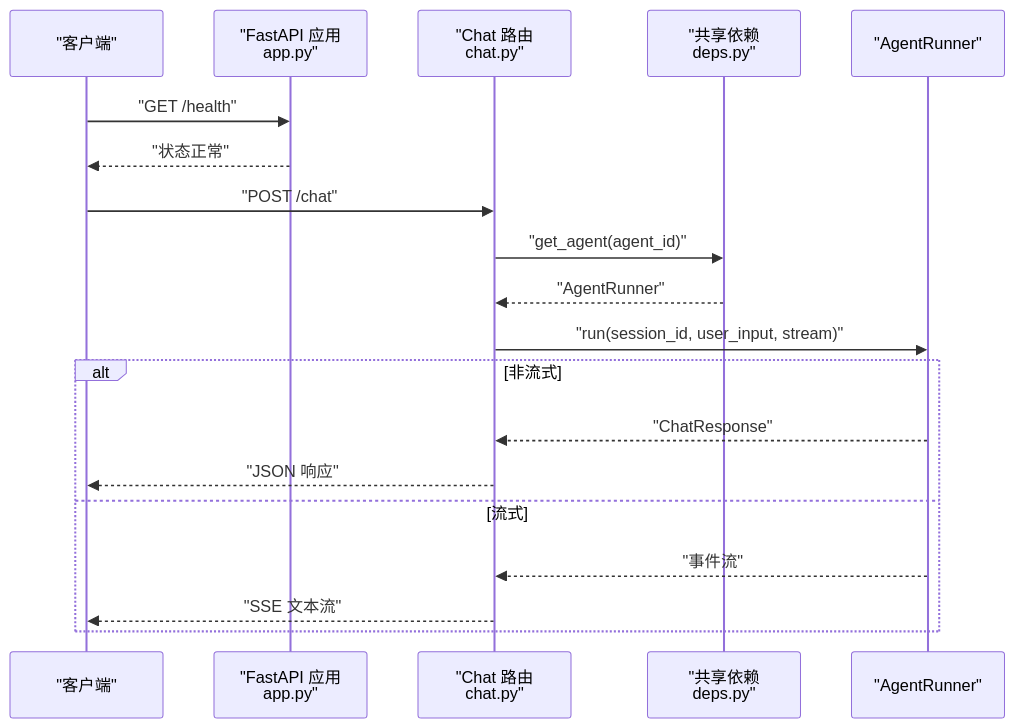
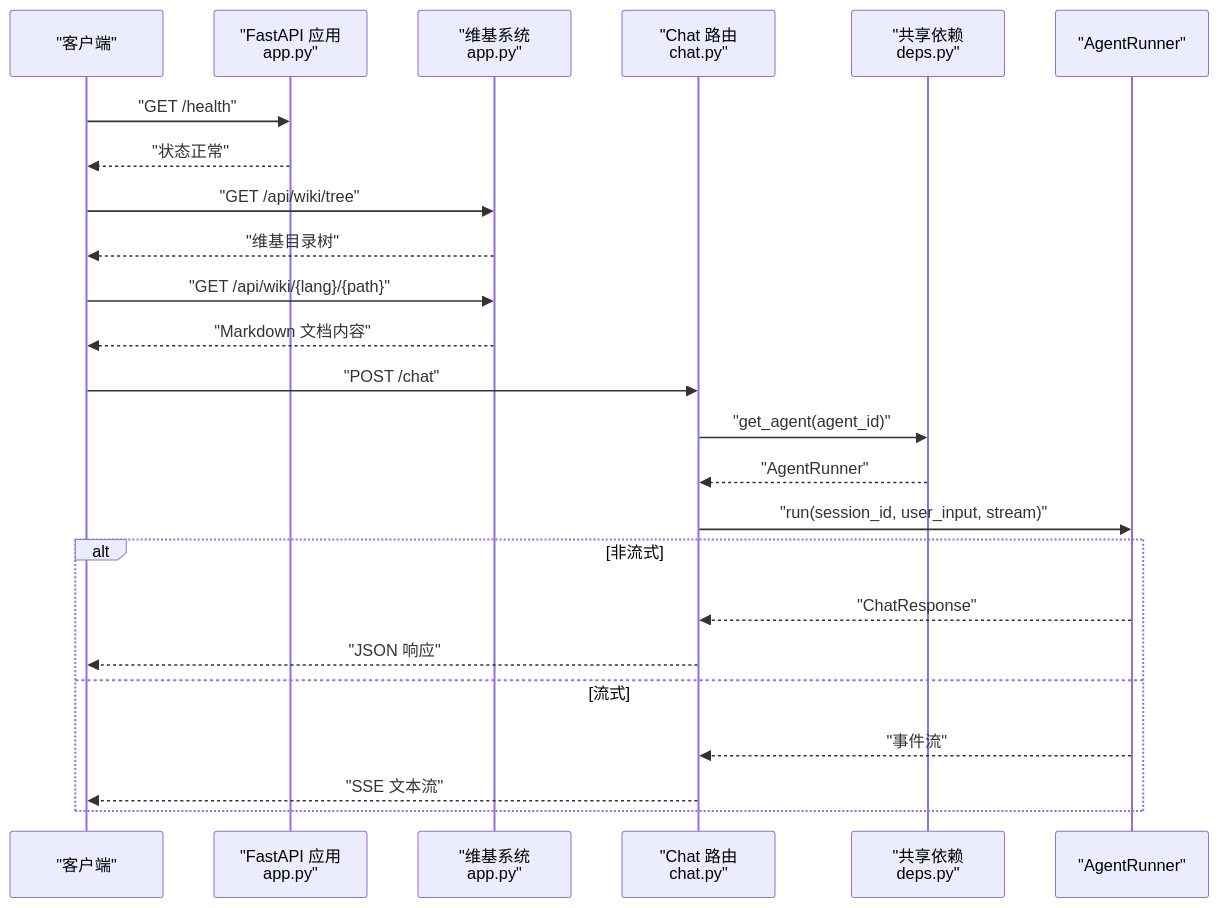
Before and after one commit to YU-JI-KUI/ark-agentic: the second of 13 diagrams in repowiki/zh/content/API 接口文档/API 接口文档.md, drawn with Mermaid. The commit also changed other lines of this file and 10 other files, not shown here.

````diff
--- a/repowiki/zh/content/API 接口文档/API 接口文档.md
+++ b/repowiki/zh/content/API 接口文档/API 接口文档.md
@@ -105,21 +125,26 @@
 ```mermaid
 sequenceDiagram
 participant Client as "客户端"
 participant App as "FastAPI 应用<br/>app.py"
+participant Wiki as "维基系统<br/>app.py"
 participant Chat as "Chat 路由<br/>chat.py"
 participant Deps as "共享依赖<br/>deps.py"
 participant Agent as "AgentRunner"
 Client->>App : "GET /health"
 App-->>Client : "状态正常"
+Client->>Wiki : "GET /api/wiki/tree"
+Wiki-->>Client : "维基目录树"
+Client->>Wiki : "GET /api/wiki/{lang}/{path}"
+Wiki-->>Client : "Markdown 文档内容"
 Client->>Chat : "POST /chat"
 Chat->>Deps : "get_agent(agent_id)"
 Deps-->>Chat : "AgentRunner"
 Chat->>Agent : "run(session_id, user_input, stream)"
 alt 非流式
 Agent-->>Chat : "ChatResponse"
 Chat-->>Client : "JSON 响应"
 else 流式
 Agent-->>Chat : "事件流"
 Chat-->>Client : "SSE 文本流"
 end
 ```
````
